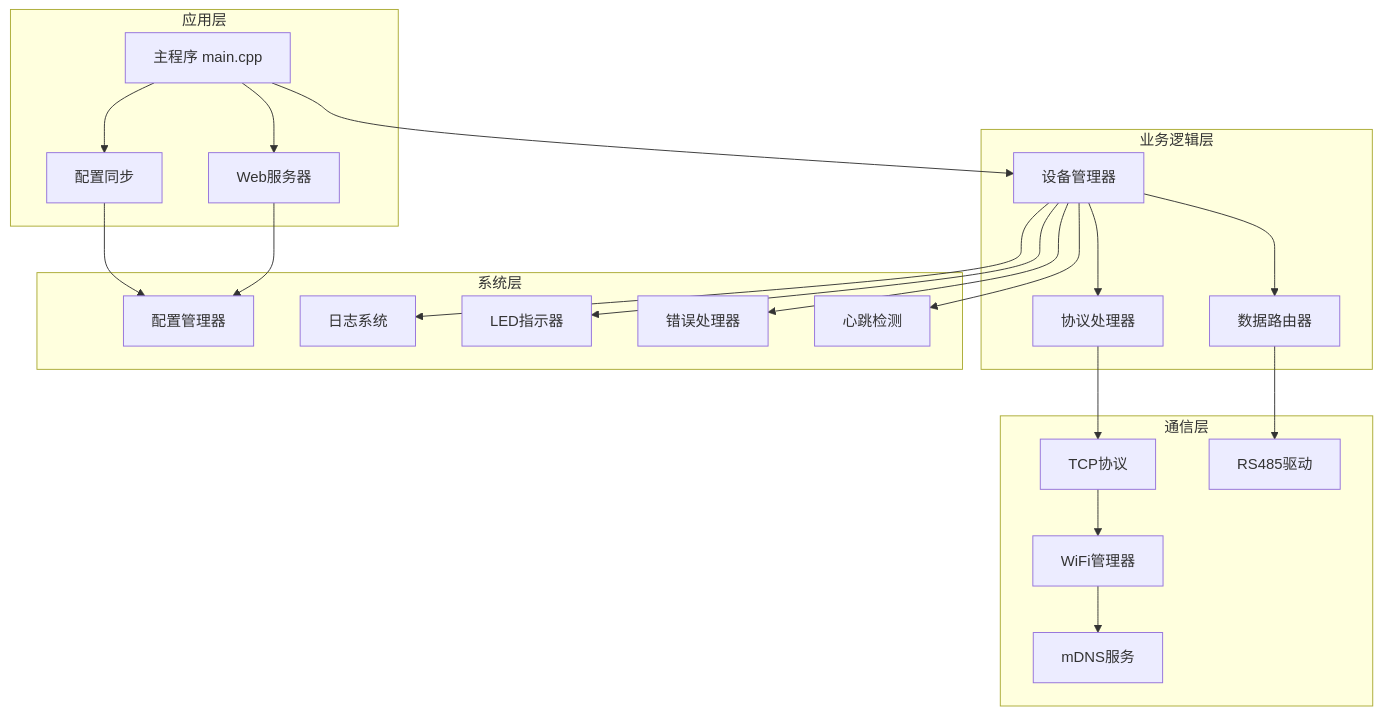
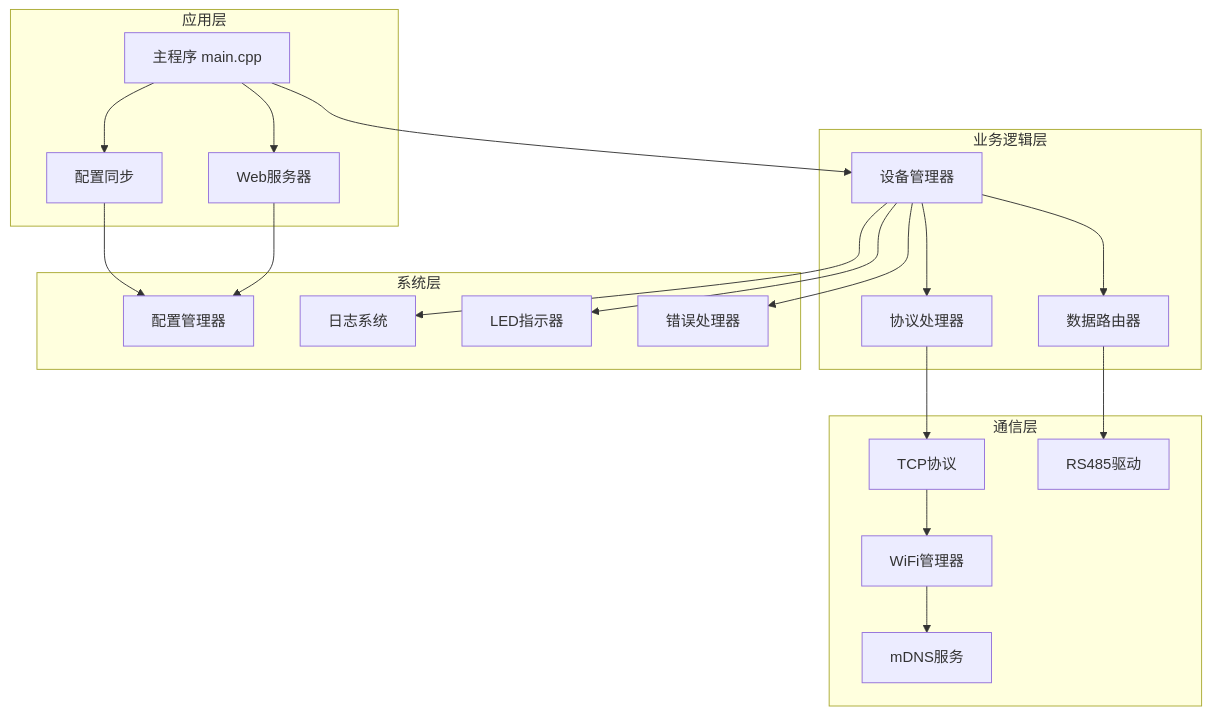
One commit to davidhoo/WiFly485 changed the second of 10 diagrams in docs/system_architecture.md. Above: the diagram before and after it, drawn with Mermaid. The commit also changed 9 other files, not shown here.

````diff
--- a/docs/system_architecture.md
+++ b/docs/system_architecture.md
@@ -32,50 +32,48 @@
 ```mermaid
 graph TD
     subgraph "应用层"
         Main[主程序 main.cpp]
         WebServer[Web服务器]
         ConfigSync[配置同步]
     end
     
     subgraph "业务逻辑层"
         DeviceManager[设备管理器]
         ProtocolHandler[协议处理器]
         DataRouter[数据路由器]
     end
     
     subgraph "通信层"
         WiFiManager[WiFi管理器]
         TCPProtocol[TCP协议]
         RS485Driver[RS485驱动]
         mDNSService[mDNS服务]
     end
     
     subgraph "系统层"
         ConfigManager[配置管理器]
         Logger[日志系统]
         LEDIndicator[LED指示器]
         ErrorHandler[错误处理器]
-        Heartbeat[心跳检测]
     end
     
     Main --> DeviceManager
     Main --> WebServer
     Main --> ConfigSync
     
     DeviceManager --> ProtocolHandler
     DeviceManager --> DataRouter
     
     ProtocolHandler --> TCPProtocol
     DataRouter --> RS485Driver
     
     WiFiManager --> mDNSService
     TCPProtocol --> WiFiManager
     
     ConfigSync --> ConfigManager
     WebServer --> ConfigManager
     
     DeviceManager --> Logger
     DeviceManager --> LEDIndicator
     DeviceManager --> ErrorHandler
-    DeviceManager --> Heartbeat
 ```
````
